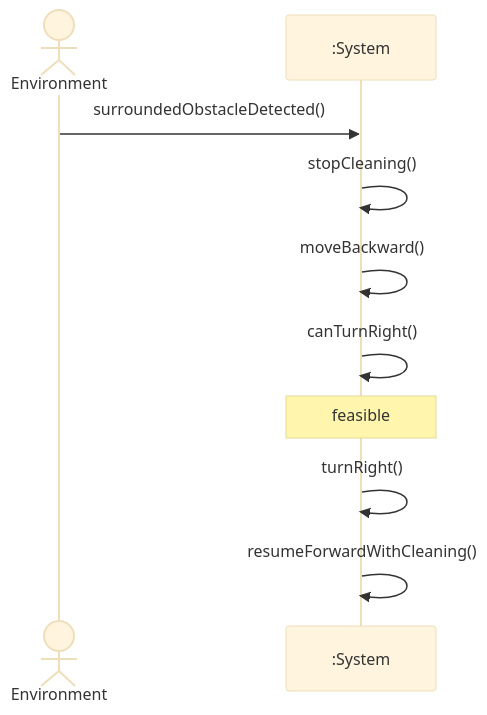
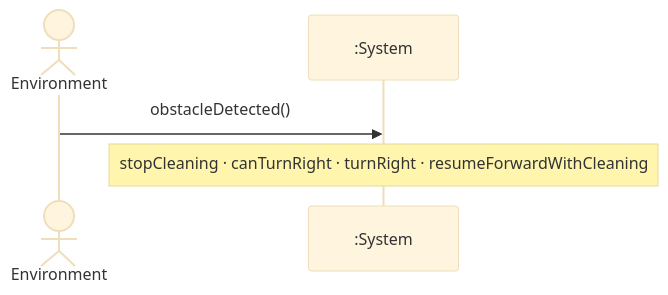
The second of 4 diagrams in docs/OOA/UseCases/UC-003.md (yul2yak/rvc_control_ooad), drawn with Mermaid (base theme) before and after one commit. The commit also changed other lines of this file and 9 other files, not shown here.

Commit message:
Use Case Diagram 추가, 스킬 추가

````diff
--- a/docs/OOA/UseCases/UC-003.md
+++ b/docs/OOA/UseCases/UC-003.md
@@ -79,12 +82,7 @@
 ```mermaid
 sequenceDiagram
 actor E as Environment
 participant S as :System
-E->>S: surroundedObstacleDetected()
-S->>S: stopCleaning()
-S->>S: moveBackward()
-S->>S: canTurnRight()
-Note over S: feasible
-S->>S: turnRight()
-S->>S: resumeForwardWithCleaning()
+E->>S: obstacleDetected()
+Note over S: stopCleaning · canTurnRight · turnRight · resumeForwardWithCleaning
 ```
````
